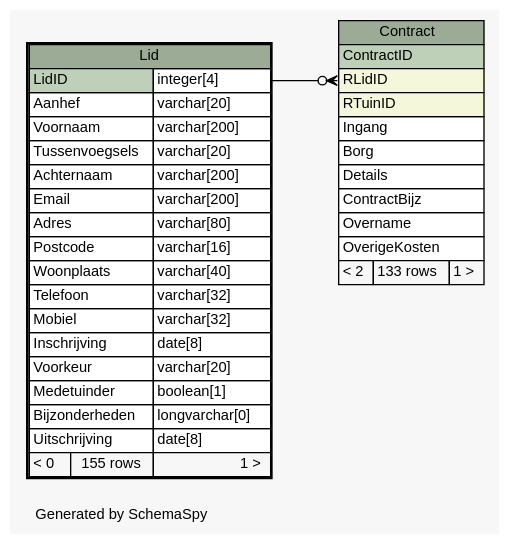
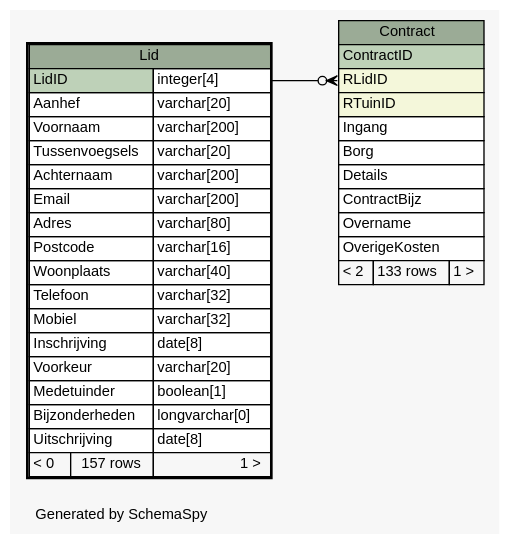
One commit to slspeek/ona-volkstuin changed the diagram in db-schema-docs/diagrams/Lid.1degree.dot. Above: the diagram before and after it, drawn with Graphviz. The commit also changed 84 other files, not shown here.

```diff
--- a/db-schema-docs/diagrams/Lid.1degree.dot
+++ b/db-schema-docs/diagrams/Lid.1degree.dot
@@ -1,66 +1,66 @@
 // dot 2.40.1 on Linux 4.19.0-6-amd64
 // SchemaSpy rev 590
 digraph "oneDegreeRelationshipsDiagram" {
   graph [
     rankdir="RL"
     bgcolor="#f7f7f7"
     label="\nGenerated by SchemaSpy"
     labeljust="l"
     nodesep="0.18"
     ranksep="0.46"
     fontname="Helvetica"
     fontsize="11"
   ];
   node [
     fontname="Helvetica"
     fontsize="11"
     shape="plaintext"
   ];
   edge [
     arrowsize="0.8"
   ];
   "Contract":"RLidID":w -> "Lid":"LidID.type":e [arrowhead=none dir=back arrowtail=crowodot];
   "Contract" [
     label=<
     <TABLE BORDER="0" CELLBORDER="1" CELLSPACING="0" BGCOLOR="#ffffff">
       <TR><TD COLSPAN="3" BGCOLOR="#9bab96" ALIGN="CENTER">Contract</TD></TR>
       <TR><TD PORT="ContractID" COLSPAN="3" BGCOLOR="#bed1b8" ALIGN="LEFT">ContractID</TD></TR>
       <TR><TD PORT="RLidID" COLSPAN="3" BGCOLOR="#f4f7da" ALIGN="LEFT">RLidID</TD></TR>
       <TR><TD PORT="RTuinID" COLSPAN="3" BGCOLOR="#f4f7da" ALIGN="LEFT">RTuinID</TD></TR>
       <TR><TD PORT="Ingang" COLSPAN="3" ALIGN="LEFT">Ingang</TD></TR>
       <TR><TD PORT="Borg" COLSPAN="3" ALIGN="LEFT">Borg</TD></TR>
       <TR><TD PORT="Details" COLSPAN="3" ALIGN="LEFT">Details</TD></TR>
       <TR><TD PORT="ContractBijz" COLSPAN="3" ALIGN="LEFT">ContractBijz</TD></TR>
       <TR><TD PORT="Overname" COLSPAN="3" ALIGN="LEFT">Overname</TD></TR>
       <TR><TD PORT="OverigeKosten" COLSPAN="3" ALIGN="LEFT">OverigeKosten</TD></TR>
       <TR><TD ALIGN="LEFT" BGCOLOR="#f7f7f7">&lt; 2</TD><TD ALIGN="RIGHT" BGCOLOR="#f7f7f7">133 rows</TD><TD ALIGN="RIGHT" BGCOLOR="#f7f7f7">1 &gt;</TD></TR>
     </TABLE>>
     URL="Contract.html"
     tooltip="Contract"
   ];
   "Lid" [
     label=<
     <TABLE BORDER="2" CELLBORDER="1" CELLSPACING="0" BGCOLOR="#ffffff">
       <TR><TD COLSPAN="3" BGCOLOR="#9bab96" ALIGN="CENTER">Lid</TD></TR>
       <TR><TD PORT="LidID" COLSPAN="2" BGCOLOR="#bed1b8" ALIGN="LEFT">LidID</TD><TD PORT="LidID.type" ALIGN="LEFT">integer[4]</TD></TR>
       <TR><TD PORT="Aanhef" COLSPAN="2" ALIGN="LEFT">Aanhef</TD><TD PORT="Aanhef.type" ALIGN="LEFT">varchar[20]</TD></TR>
       <TR><TD PORT="Voornaam" COLSPAN="2" ALIGN="LEFT">Voornaam</TD><TD PORT="Voornaam.type" ALIGN="LEFT">varchar[200]</TD></TR>
       <TR><TD PORT="Tussenvoegsels" COLSPAN="2" ALIGN="LEFT">Tussenvoegsels</TD><TD PORT="Tussenvoegsels.type" ALIGN="LEFT">varchar[20]</TD></TR>
       <TR><TD PORT="Achternaam" COLSPAN="2" ALIGN="LEFT">Achternaam</TD><TD PORT="Achternaam.type" ALIGN="LEFT">varchar[200]</TD></TR>
       <TR><TD PORT="Email" COLSPAN="2" ALIGN="LEFT">Email</TD><TD PORT="Email.type" ALIGN="LEFT">varchar[200]</TD></TR>
       <TR><TD PORT="Adres" COLSPAN="2" ALIGN="LEFT">Adres</TD><TD PORT="Adres.type" ALIGN="LEFT">varchar[80]</TD></TR>
       <TR><TD PORT="Postcode" COLSPAN="2" ALIGN="LEFT">Postcode</TD><TD PORT="Postcode.type" ALIGN="LEFT">varchar[16]</TD></TR>
       <TR><TD PORT="Woonplaats" COLSPAN="2" ALIGN="LEFT">Woonplaats</TD><TD PORT="Woonplaats.type" ALIGN="LEFT">varchar[40]</TD></TR>
       <TR><TD PORT="Telefoon" COLSPAN="2" ALIGN="LEFT">Telefoon</TD><TD PORT="Telefoon.type" ALIGN="LEFT">varchar[32]</TD></TR>
       <TR><TD PORT="Mobiel" COLSPAN="2" ALIGN="LEFT">Mobiel</TD><TD PORT="Mobiel.type" ALIGN="LEFT">varchar[32]</TD></TR>
       <TR><TD PORT="Inschrijving" COLSPAN="2" ALIGN="LEFT">Inschrijving</TD><TD PORT="Inschrijving.type" ALIGN="LEFT">date[8]</TD></TR>
       <TR><TD PORT="Voorkeur" COLSPAN="2" ALIGN="LEFT">Voorkeur</TD><TD PORT="Voorkeur.type" ALIGN="LEFT">varchar[20]</TD></TR>
       <TR><TD PORT="Medetuinder" COLSPAN="2" ALIGN="LEFT">Medetuinder</TD><TD PORT="Medetuinder.type" ALIGN="LEFT">boolean[1]</TD></TR>
       <TR><TD PORT="Bijzonderheden" COLSPAN="2" ALIGN="LEFT">Bijzonderheden</TD><TD PORT="Bijzonderheden.type" ALIGN="LEFT">longvarchar[0]</TD></TR>
       <TR><TD PORT="Uitschrijving" COLSPAN="2" ALIGN="LEFT">Uitschrijving</TD><TD PORT="Uitschrijving.type" ALIGN="LEFT">date[8]</TD></TR>
-      <TR><TD ALIGN="LEFT" BGCOLOR="#f7f7f7">&lt; 0</TD><TD ALIGN="RIGHT" BGCOLOR="#f7f7f7">155 rows</TD><TD ALIGN="RIGHT" BGCOLOR="#f7f7f7">1 &gt;</TD></TR>
+      <TR><TD ALIGN="LEFT" BGCOLOR="#f7f7f7">&lt; 0</TD><TD ALIGN="RIGHT" BGCOLOR="#f7f7f7">157 rows</TD><TD ALIGN="RIGHT" BGCOLOR="#f7f7f7">1 &gt;</TD></TR>
     </TABLE>>
     URL="Lid.html"
     tooltip="Lid"
   ];
 }
```
